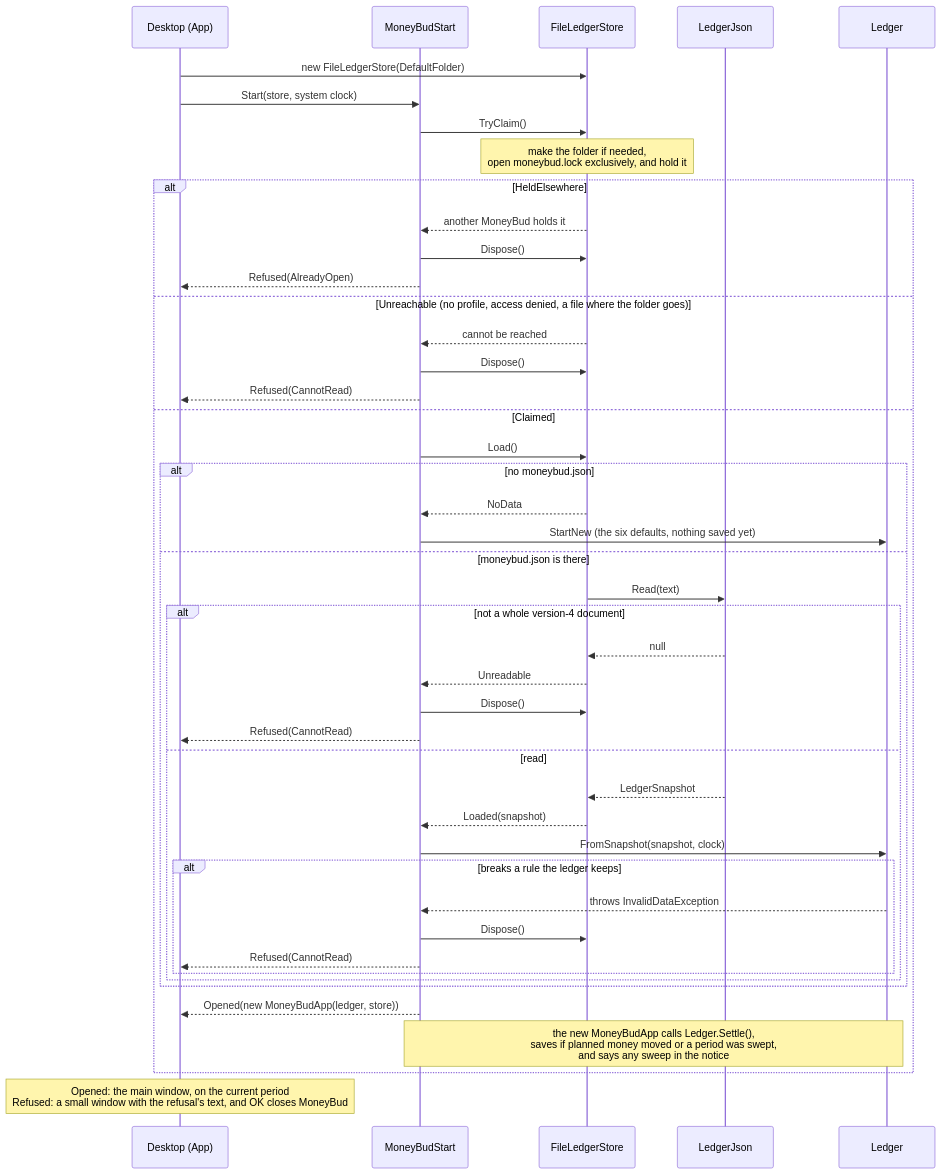
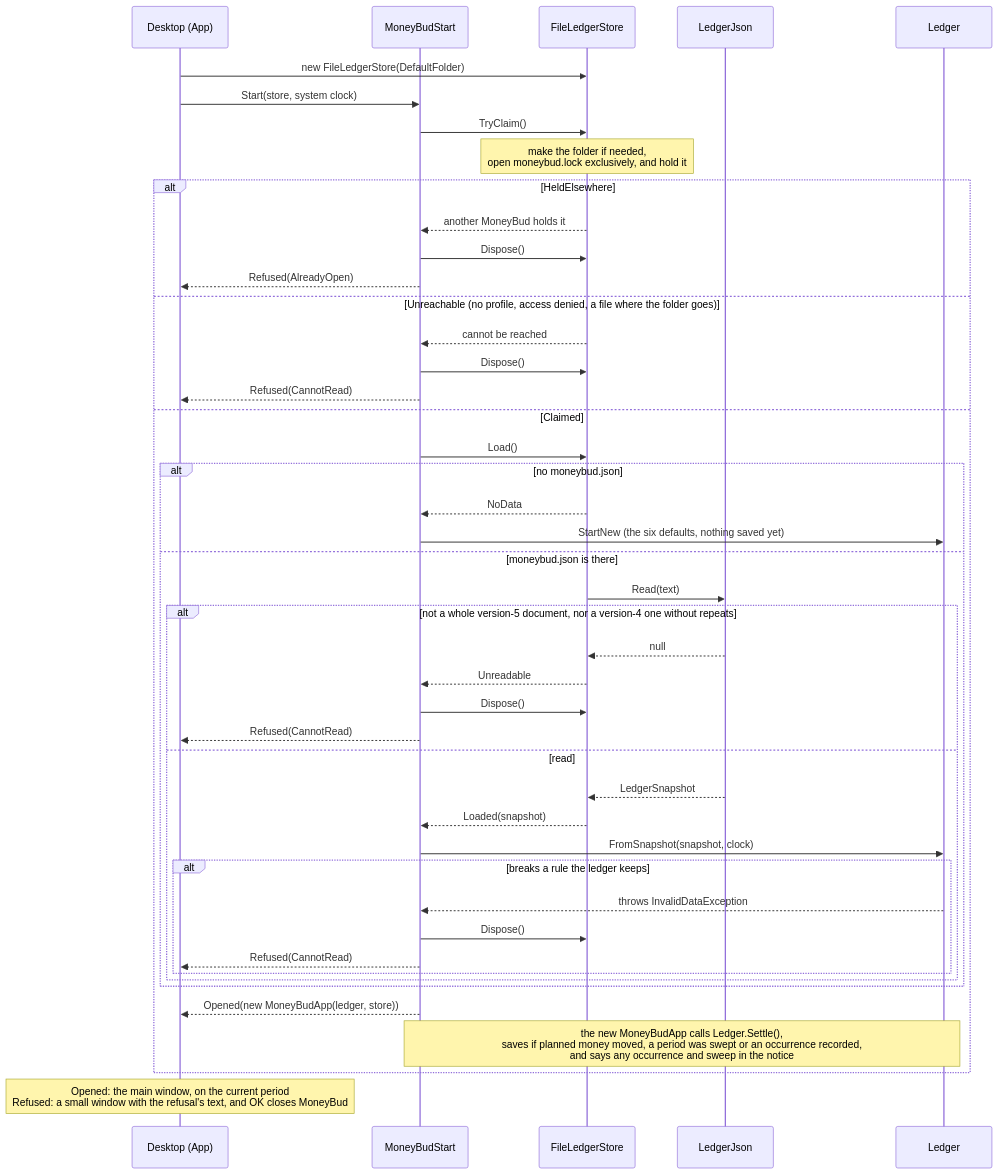
Before and after one commit to Axelkonijn/MoneyBud: the second of 3 diagrams in docs/arc42/06-runtime-view.md, drawn with Mermaid. The commit also changed other lines of this file and 37 other files, not shown here.

````diff
--- a/docs/arc42/06-runtime-view.md
+++ b/docs/arc42/06-runtime-view.md
@@ -288,48 +362,48 @@
 ```mermaid
 sequenceDiagram
     participant Desktop as Desktop (App)
     participant Start as MoneyBudStart
     participant Store as FileLedgerStore
     participant Json as LedgerJson
     participant Ledger
 
     Desktop->>Store: new FileLedgerStore(DefaultFolder)
     Desktop->>Start: Start(store, system clock)
     Start->>Store: TryClaim()
     Note over Store: make the folder if needed,<br/>open moneybud.lock exclusively, and hold it
     alt HeldElsewhere
         Store-->>Start: another MoneyBud holds it
         Start->>Store: Dispose()
         Start-->>Desktop: Refused(AlreadyOpen)
     else Unreachable (no profile, access denied, a file where the folder goes)
         Store-->>Start: cannot be reached
         Start->>Store: Dispose()
         Start-->>Desktop: Refused(CannotRead)
     else Claimed
         Start->>Store: Load()
         alt no moneybud.json
             Store-->>Start: NoData
             Start->>Ledger: StartNew (the six defaults, nothing saved yet)
         else moneybud.json is there
             Store->>Json: Read(text)
-            alt not a whole version-4 document
+            alt not a whole version-5 document, nor a version-4 one without repeats
                 Json-->>Store: null
                 Store-->>Start: Unreadable
                 Start->>Store: Dispose()
                 Start-->>Desktop: Refused(CannotRead)
             else read
                 Json-->>Store: LedgerSnapshot
                 Store-->>Start: Loaded(snapshot)
                 Start->>Ledger: FromSnapshot(snapshot, clock)
                 alt breaks a rule the ledger keeps
                     Ledger-->>Start: throws InvalidDataException
                     Start->>Store: Dispose()
                     Start-->>Desktop: Refused(CannotRead)
                 end
             end
         end
         Start-->>Desktop: Opened(new MoneyBudApp(ledger, store))
-        Note over Start,Ledger: the new MoneyBudApp calls Ledger.Settle(),<br/>saves if planned money moved or a period was swept,<br/>and says any sweep in the notice
+        Note over Start,Ledger: the new MoneyBudApp calls Ledger.Settle(),<br/>saves if planned money moved, a period was swept or an occurrence recorded,<br/>and says any occurrence and sweep in the notice
     end
     Note over Desktop: Opened: the main window, on the current period<br/>Refused: a small window with the refusal's text, and OK closes MoneyBud
 ```
````
